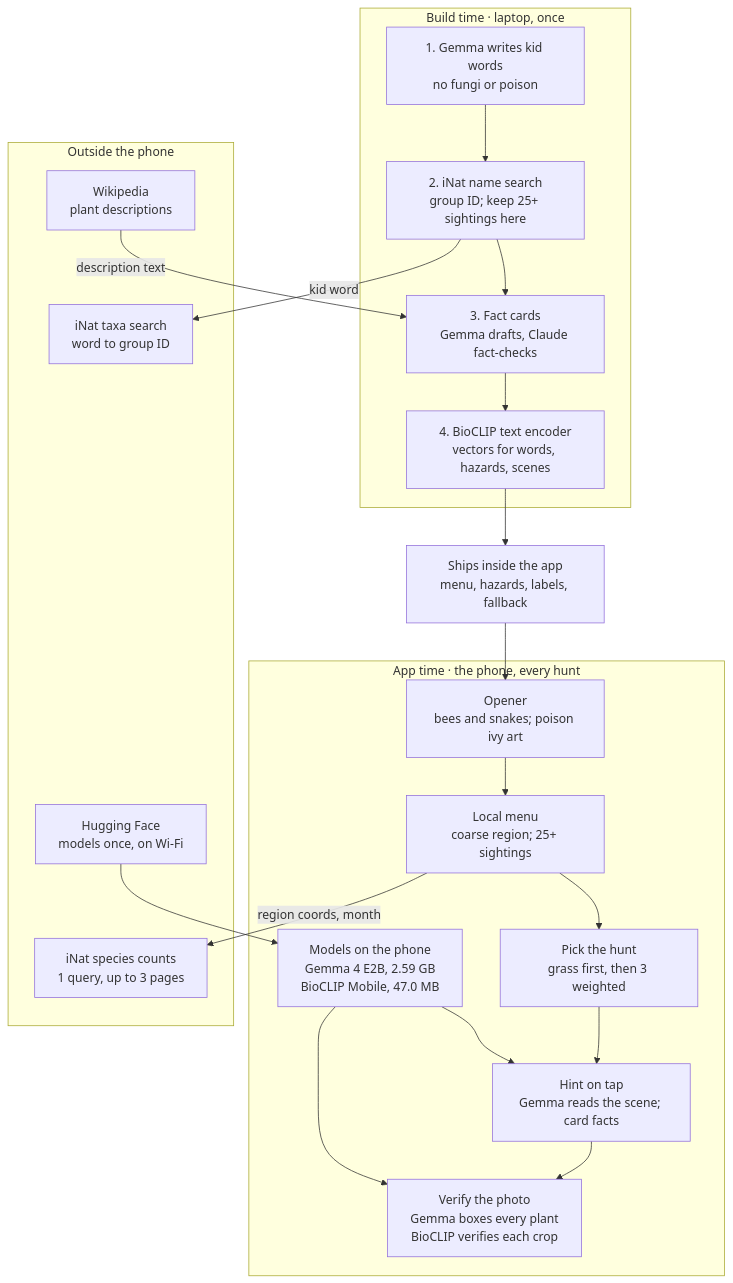
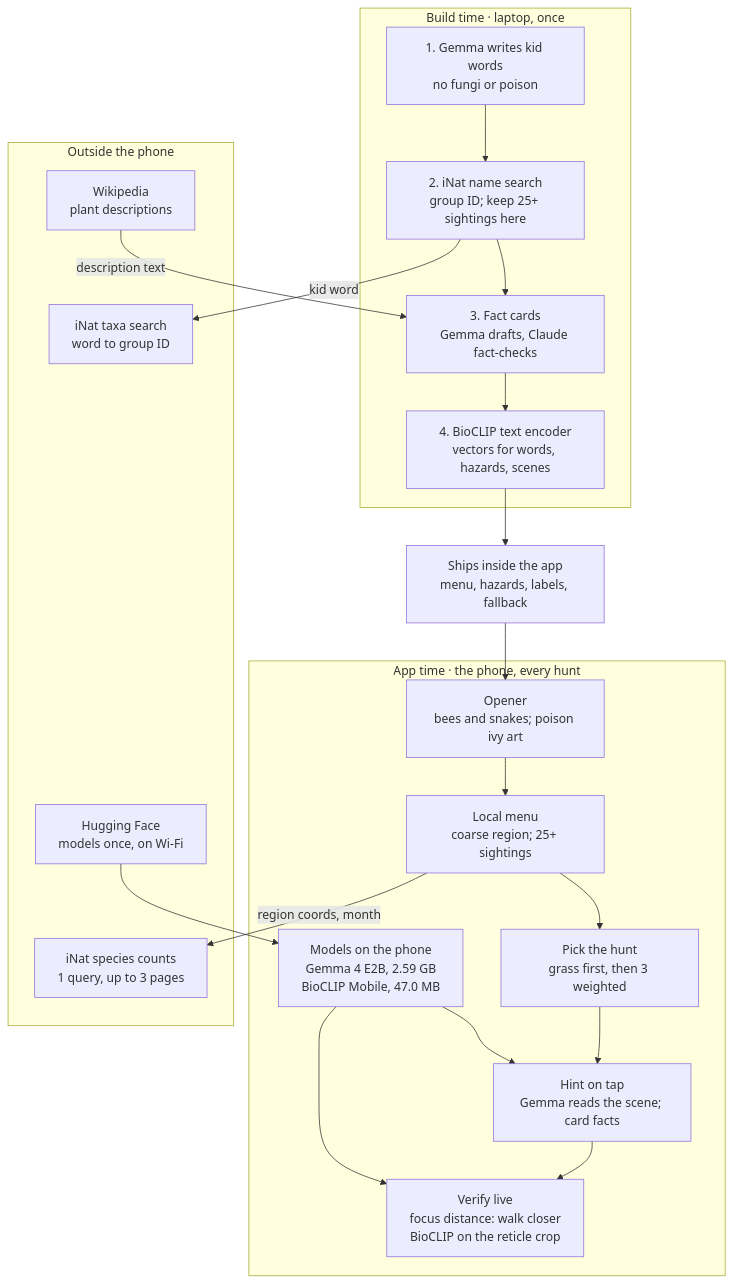
One commit to anchildress1/wild-find changed the diagram in docs/PRD.md. Above: the diagram before and after it, drawn with Mermaid. The commit also changed other lines of this file and 1 other file, not shown here.

First line of the commit message:
docs: verify live and deterministically; drop Gemma from the verify path

````diff
--- a/docs/PRD.md
+++ b/docs/PRD.md
@@ -173,43 +173,43 @@
 ```mermaid
 %%{init: {'theme': 'default'}}%%
 flowchart TD
     accTitle: wild-find architecture
     accDescr: Build time runs once on a laptop and ships menu, hazards, labels, and a fallback list inside the app. At app time the phone runs the opener, local menu, hunt pick, hints, and verification. Photos and precise location never leave the phone.
 
     subgraph build["Build time · laptop, once"]
         B1["1. Gemma writes kid words<br/>no fungi or poison"]
         B2["2. iNat name search<br/>group ID; keep 25+ sightings here"]
         B3["3. Fact cards<br/>Gemma drafts, Claude fact-checks"]
         B4["4. BioCLIP text encoder<br/>vectors for words, hazards, scenes"]
         B1 --> B2 --> B3 --> B4
     end
 
     SHIP["Ships inside the app<br/>menu, hazards, labels, fallback"]
     B4 --> SHIP
 
     subgraph app["App time · the phone, every hunt"]
         A1["Opener<br/>bees and snakes; poison ivy art"]
         A2["Local menu<br/>coarse region; 25+ sightings"]
         A3["Pick the hunt<br/>grass first, then 3 weighted"]
         A4["Hint on tap<br/>Gemma reads the scene; card facts"]
-        A5["Verify the photo<br/>Gemma boxes every plant<br/>BioCLIP verifies each crop"]
+        A5["Verify live<br/>focus distance: walk closer<br/>BioCLIP on the reticle crop"]
         M["Models on the phone<br/>Gemma 4 E2B, 2.59 GB<br/>BioCLIP Mobile, 47.0 MB"]
         A1 --> A2 --> A3 --> A4 --> A5
         M --> A4
         M --> A5
     end
 
     SHIP --> A1
 
     subgraph outside["Outside the phone"]
         E1["iNat taxa search<br/>word to group ID"]
         E2["Wikipedia<br/>plant descriptions"]
         E3["iNat species counts<br/>1 query, up to 3 pages"]
         E4["Hugging Face<br/>models once, on Wi-Fi"]
     end
 
     B2 -- "kid word" --> E1
     E2 -- "description text" --> B3
     A2 -- "region coords, month" --> E3
     E4 --> M
 ```
````
